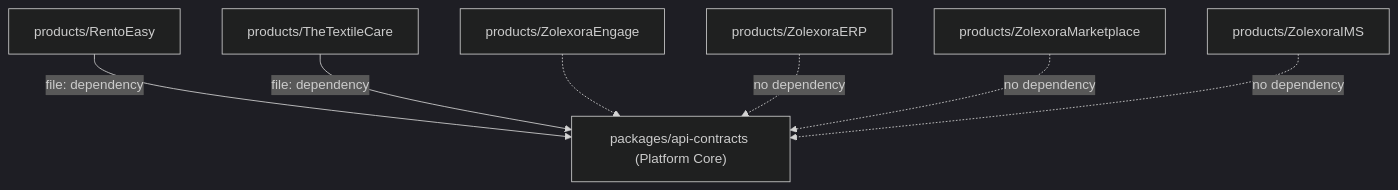
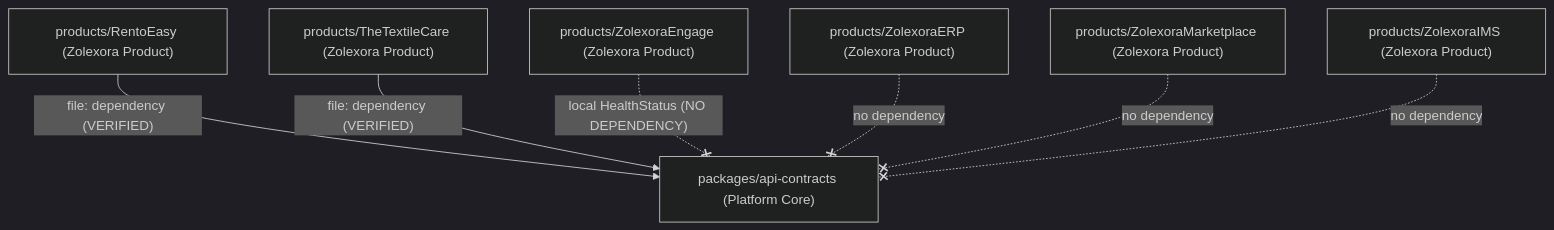
Before and after one commit to Zolexora/Zolexora_Platform: the diagram in docs/architecture/repository-boundaries.md, drawn with Mermaid (dark theme). The commit also changed other lines of this file and 15 other files, not shown here.

````diff
--- a/docs/architecture/repository-boundaries.md
+++ b/docs/architecture/repository-boundaries.md
@@ -99,17 +116,17 @@
 ```mermaid
 flowchart TD
     Core["packages/api-contracts (Platform Core)"]
-    RE["products/RentoEasy"]
-    TTC["products/TheTextileCare"]
-    ZE["products/ZolexoraEngage"]
-    ERP["products/ZolexoraERP"]
-    MP["products/ZolexoraMarketplace"]
-    IMS["products/ZolexoraIMS"]
+    RE["products/RentoEasy (Zolexora Product)"]
+    TTC["products/TheTextileCare (Zolexora Product)"]
+    ZE["products/ZolexoraEngage (Zolexora Product)"]
+    ERP["products/ZolexoraERP (Zolexora Product)"]
+    MP["products/ZolexoraMarketplace (Zolexora Product)"]
+    IMS["products/ZolexoraIMS (Zolexora Product)"]
 
-    RE -- file: dependency --> Core
-    TTC -- file: dependency --> Core
-    ZE -.-> Core
-    ERP -. no dependency .-> Core
-    MP -. no dependency .-> Core
-    IMS -. no dependency .-> Core
+    RE -- file: dependency (VERIFIED) --> Core
+    TTC -- file: dependency (VERIFIED) --> Core
+    ZE -. local HealthStatus (NO DEPENDENCY) .-x Core
+    ERP -. no dependency .-x Core
+    MP -. no dependency .-x Core
+    IMS -. no dependency .-x Core
 ```
````
